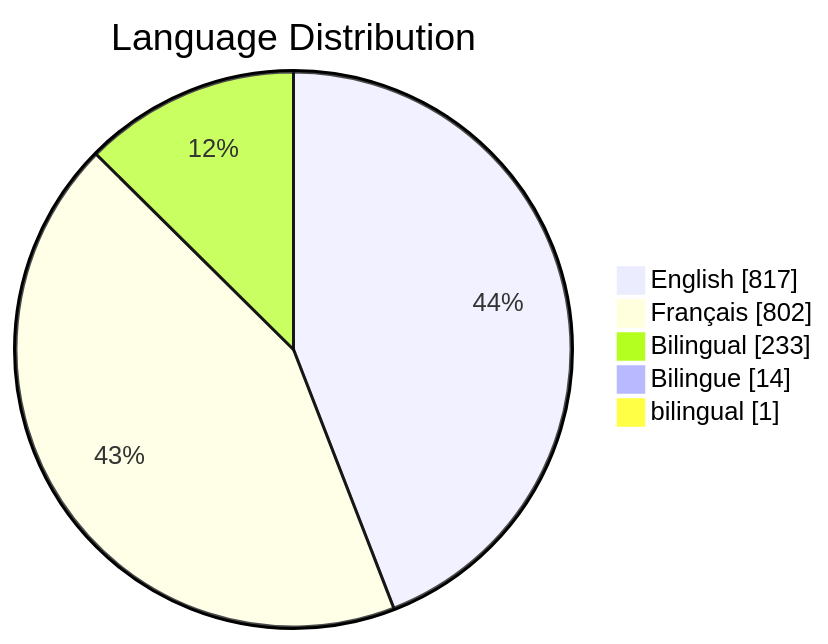
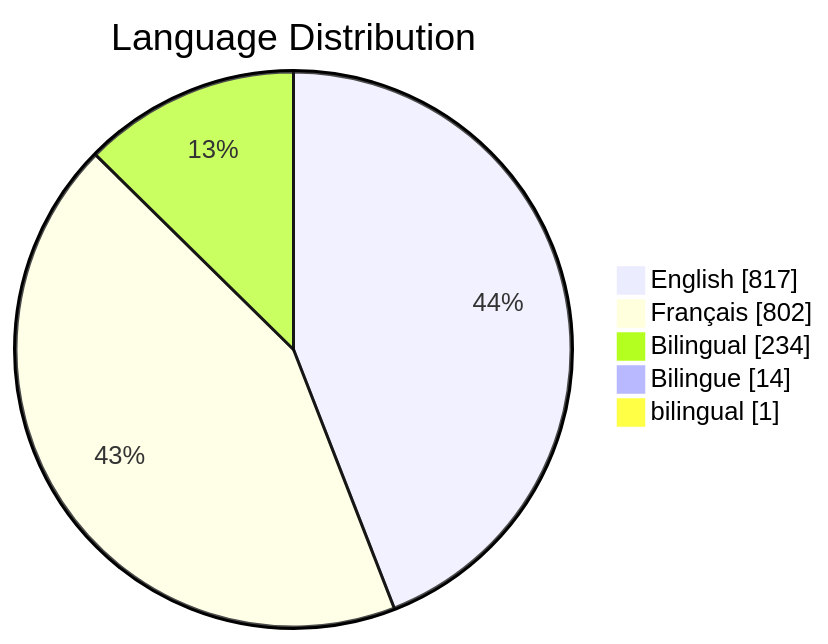
The third of 6 diagrams in README.md (PatLittle/GC-Socials), drawn with Mermaid before and after one commit. The commit also changed other lines of this file, not shown here.

Commit message:
Update README with Platform Distribution pie chart

````diff
--- a/README.md
+++ b/README.md
@@ -74,8 +75,8 @@
 ```mermaid
 pie showData title Language Distribution
     "English": 817
     "Français": 802
-    "Bilingual": 233
+    "Bilingual": 234
     "Bilingue": 14
     "bilingual": 1
 ```
````
